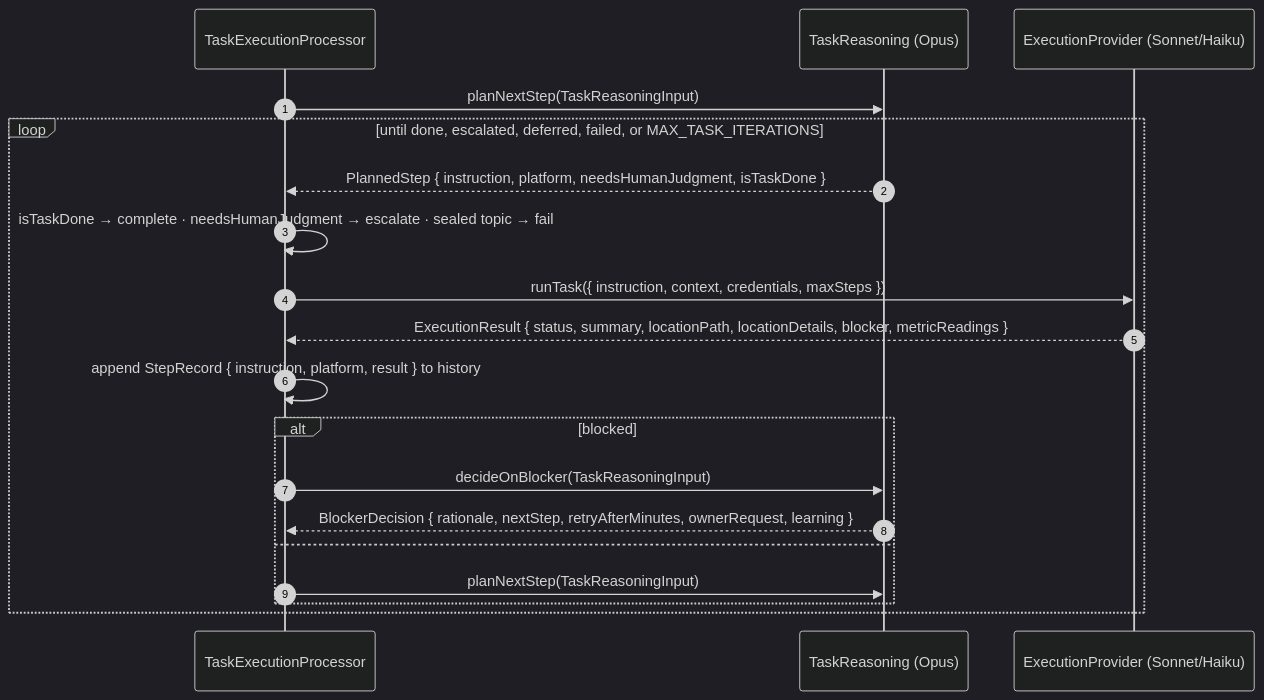
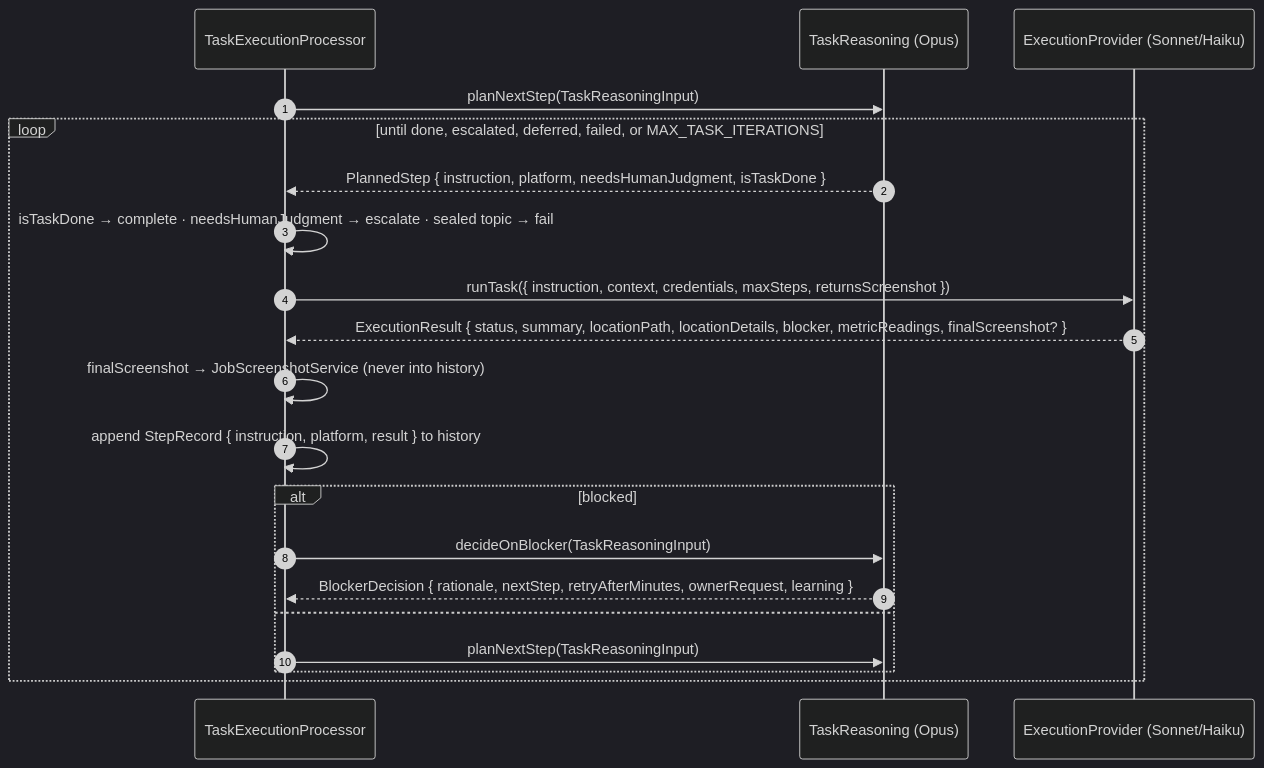
The fifth of 5 diagrams in packages/backend/src/reasoning/tech-spec.md (BaraaSoft/agentcores), drawn with Mermaid (dark theme) before and after one commit. The commit also changed other lines of this file and 60 other files, not shown here.

First line of the commit message:
Add screenshot handling and task skill types to governance

````diff
--- a/packages/backend/src/reasoning/tech-spec.md
+++ b/packages/backend/src/reasoning/tech-spec.md
@@ -279,22 +286,23 @@
 ```mermaid
 sequenceDiagram
     autonumber
     participant P as TaskExecutionProcessor
     participant T as TaskReasoning (Opus)
     participant X as ExecutionProvider (Sonnet/Haiku)
 
     P->>T: planNextStep(TaskReasoningInput)
     loop until done, escalated, deferred, failed, or MAX_TASK_ITERATIONS
         T-->>P: PlannedStep { instruction, platform, needsHumanJudgment, isTaskDone }
         P->>P: isTaskDone → complete · needsHumanJudgment → escalate · sealed topic → fail
-        P->>X: runTask({ instruction, context, credentials, maxSteps })
-        X-->>P: ExecutionResult { status, summary, locationPath, locationDetails, blocker, metricReadings }
+        P->>X: runTask({ instruction, context, credentials, maxSteps, returnsScreenshot })
+        X-->>P: ExecutionResult { status, summary, locationPath, locationDetails, blocker, metricReadings, finalScreenshot? }
+        P->>P: finalScreenshot → JobScreenshotService (never into history)
         P->>P: append StepRecord { instruction, platform, result } to history
         alt blocked
             P->>T: decideOnBlocker(TaskReasoningInput)
             T-->>P: BlockerDecision { rationale, nextStep, retryAfterMinutes, ownerRequest, learning }
         else
             P->>T: planNextStep(TaskReasoningInput)
         end
     end
 ```
````
